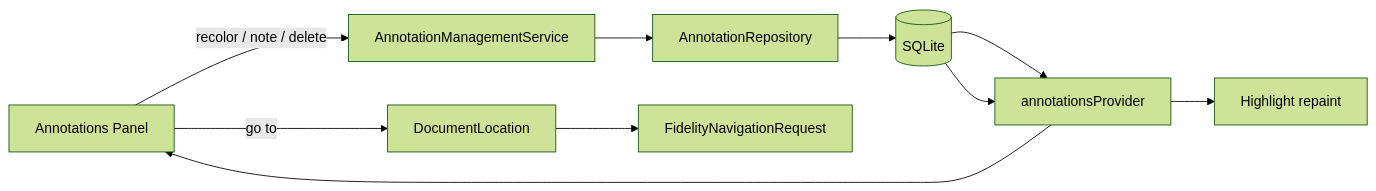
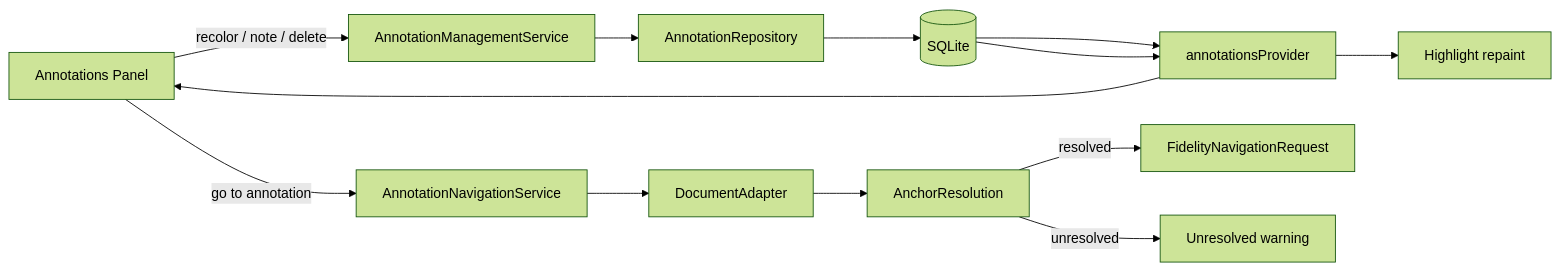
Before and after one commit to aaditya140103/kola: the seventh of 15 diagrams in docs/PROJECT_GRAPH.md, drawn with Mermaid (forest theme). The commit also changed other lines of this file, not shown here.

Commit message:
Document resolved annotation navigation path

````diff
--- a/docs/PROJECT_GRAPH.md
+++ b/docs/PROJECT_GRAPH.md
@@ -123,16 +123,21 @@
 ```mermaid
 flowchart LR
     Panel[Annotations Panel]
     Live[annotationsProvider]
     Command[AnnotationManagementService]
+    NavService[AnnotationNavigationService]
+    Adapter[DocumentAdapter]
+    Resolve[AnchorResolution]
     Repo[AnnotationRepository]
     DB[(SQLite)]
-    Nav[DocumentLocation]
     Reader[FidelityNavigationRequest]
+    Warn[Unresolved warning]
     Paint[Highlight repaint]
 
     DB --> Live --> Panel
     Panel -- recolor / note / delete --> Command --> Repo --> DB
-    Panel -- go to --> Nav --> Reader
+    Panel -- go to annotation --> NavService --> Adapter --> Resolve
+    Resolve -- resolved --> Reader
+    Resolve -- unresolved --> Warn
     DB --> Live --> Paint
 ```
````
